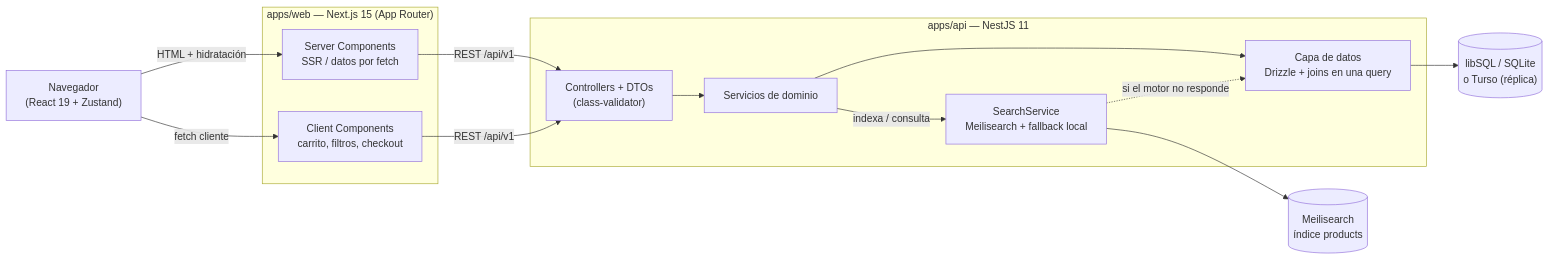
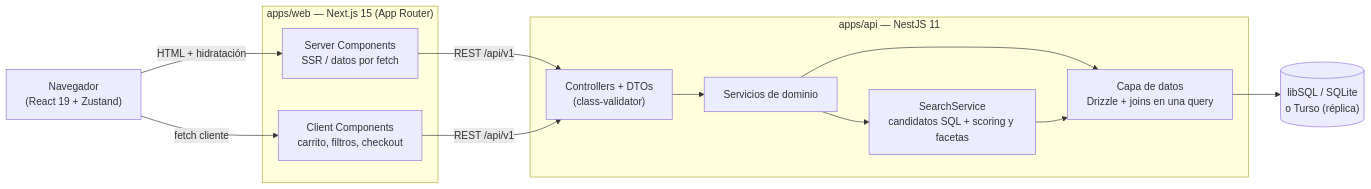
One commit to TecTroncoso/Trato-Marketplace changed the diagram in README.md. Above: the diagram before and after it, drawn with Mermaid. The commit also changed other lines of this file and 26 other files, not shown here.

Commit message:
refactor: elimina Meilisearch del stack - buscador in-process (candidatos SQL + scoring Levenshtein + facetas), sin dependencia ni scripts de indice, docs y compose actualizados

````diff
--- a/README.md
+++ b/README.md
@@ -101,30 +99,28 @@
 ```mermaid
 flowchart LR
   B["Navegador<br/>(React 19 + Zustand)"]
 
   subgraph WEB["apps/web — Next.js 15 (App Router)"]
     RSC["Server Components<br/>SSR / datos por fetch"]
     CC["Client Components<br/>carrito, filtros, checkout"]
   end
 
   subgraph API["apps/api — NestJS 11"]
     CTRL["Controllers + DTOs<br/>(class-validator)"]
     SVC["Servicios de dominio"]
+    SEARCH["SearchService<br/>candidatos SQL + scoring y facetas"]
     REPO["Capa de datos<br/>Drizzle + joins en una query"]
-    SEARCH["SearchService<br/>Meilisearch + fallback local"]
   end
 
   DB[("libSQL / SQLite<br/>o Turso (réplica)")]
-  MEILI[("Meilisearch<br/>índice products")]
 
   B -->|HTML + hidratación| RSC
   B -->|fetch cliente| CC
   RSC -->|REST /api/v1| CTRL
   CC -->|REST /api/v1| CTRL
   CTRL --> SVC
   SVC --> REPO
+  SVC --> SEARCH
+  SEARCH --> REPO
   REPO --> DB
-  SVC -->|indexa / consulta| SEARCH
-  SEARCH --> MEILI
-  SEARCH -.->|si el motor no responde| REPO
 ```
````
